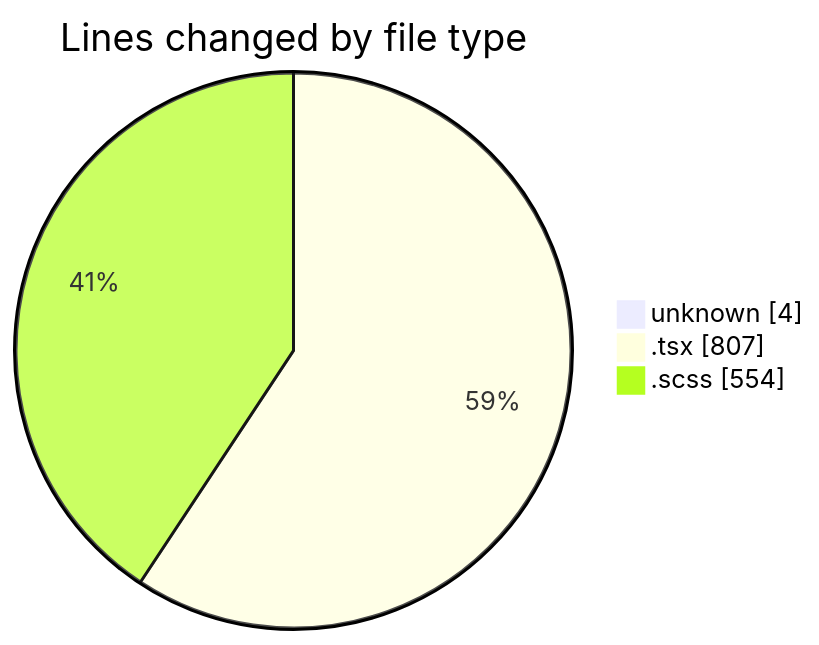
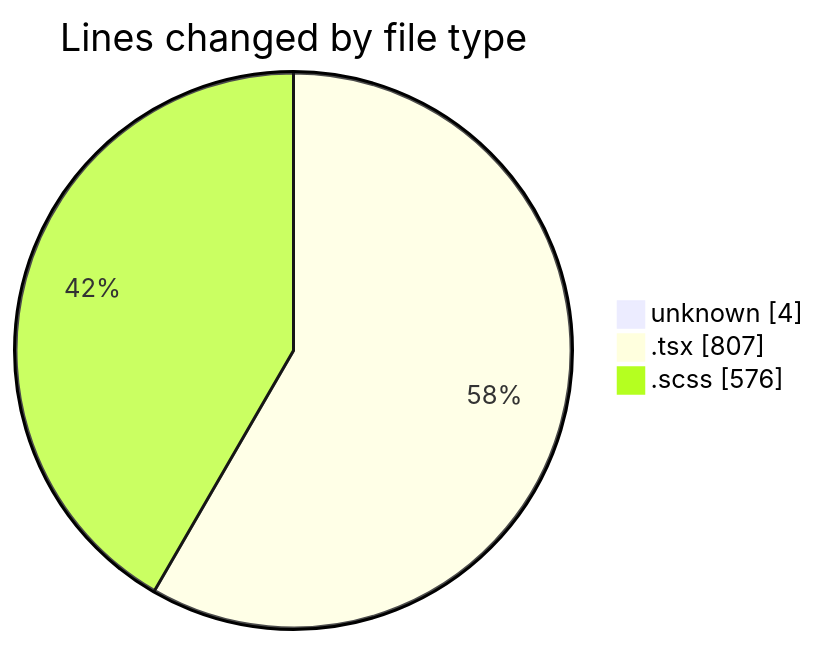
Before and after one commit to momahboobian/code-tracking: the first of 2 diagrams in 2025-02-14/cda/README.md, drawn with Mermaid. The commit also changed other lines of this file and 1 other file, not shown here.

````diff
--- a/2025-02-14/cda/README.md
+++ b/2025-02-14/cda/README.md
@@ -27,7 +27,7 @@
 ```mermaid
 pie showData
 title Lines changed by file type
 "unknown" : 4
 ".tsx" : 807
-".scss" : 554
+".scss" : 576
 ```
````
